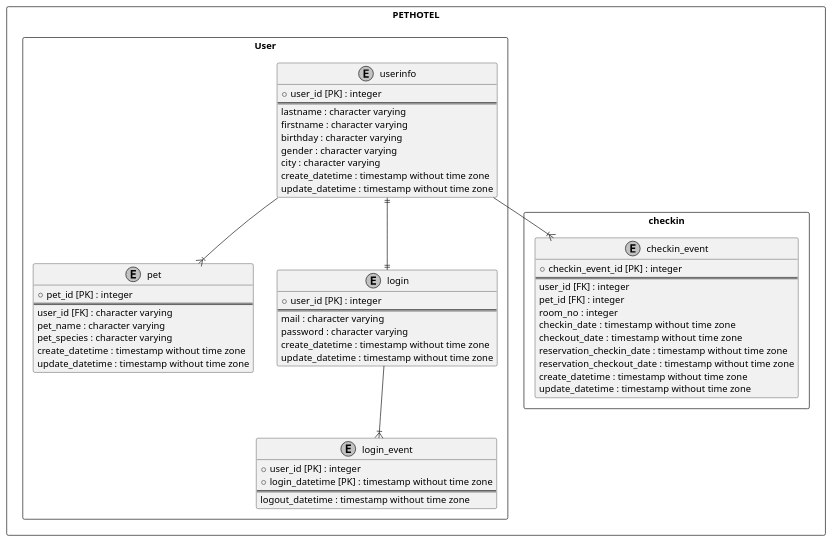
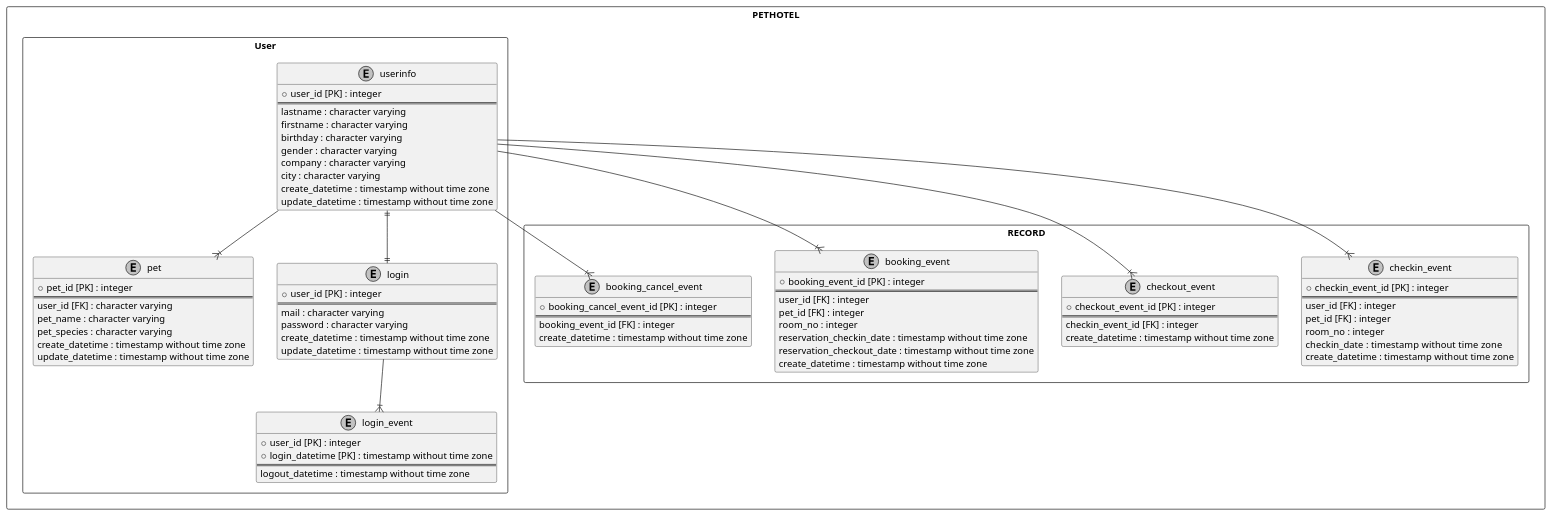
The diagram in src/co/jp/20_基本設計/PETHOTEL-基本設計-ER図.puml (IotaTech-Info/IotaJava_G4), drawn with PlantUML before and after one commit.

Commit message:
Update PETHOTEL-基本設計-ER図.puml
update 基本設計-ER図

```diff
--- a/src/co/jp/20_基本設計/PETHOTEL-基本設計-ER図.puml
+++ b/src/co/jp/20_基本設計/PETHOTEL-基本設計-ER図.puml
@@ -1,72 +1,94 @@
 @startuml PetHotelSystem
 
 skinparam monochrome true
 
 package "PETHOTEL" <<rectangle>> {
   package "User" <<rectangle>> {
     ' テーブル
     entity "userinfo" {
       + user_id [PK] : integer
       ==
       lastname : character varying
       firstname : character varying
       birthday : character varying
       gender : character varying
+      company : character varying
       city : character varying
       create_datetime : timestamp without time zone
       update_datetime : timestamp without time zone
     }
     entity "pet" {
       + pet_id [PK] : integer
       ==
       user_id [FK] : character varying
       pet_name : character varying
       pet_species : character varying
       create_datetime : timestamp without time zone
       update_datetime : timestamp without time zone
     }
     entity "login" {
       + user_id [PK] : integer
       ==
       mail : character varying
       password : character varying
       create_datetime : timestamp without time zone
       update_datetime : timestamp without time zone
     }
     entity "login_event" {
       + user_id [PK] : integer
       + login_datetime [PK] : timestamp without time zone
       ==
       logout_datetime : timestamp without time zone
     }
 
     ' リレーション
     userinfo ||--|| login
     userinfo --|{ pet
     login --|{ login_event
   }
 
-  package "checkin" <<rectangle>>{
+  package "RECORD" <<rectangle>>{
     ' テーブル
     entity "checkin_event"{
       + checkin_event_id [PK] : integer
       ==
       user_id [FK] : integer
       pet_id [FK] : integer
       room_no : integer
       checkin_date  : timestamp without time zone
-      checkout_date  : timestamp without time zone
+      create_datetime : timestamp without time zone
+    }
+    entity "checkout_event"{
+      + checkout_event_id [PK] : integer
+      ==
+      checkin_event_id [FK] : integer
+      create_datetime : timestamp without time zone
+    }
+    entity "booking_event"{
+      + booking_event_id [PK] : integer
+      ==
+      user_id [FK] : integer
+      pet_id [FK] : integer
+      room_no : integer
       reservation_checkin_date : timestamp without time zone
       reservation_checkout_date : timestamp without time zone
       create_datetime : timestamp without time zone
-      update_datetime : timestamp without time zone
+    }
+    entity "booking_cancel_event"{
+      + booking_cancel_event_id [PK] : integer
+      ==
+      booking_event_id [FK] : integer
+      create_datetime : timestamp without time zone
     }
 
   }
 
 
   ' リレーション
   userinfo --|{ checkin_event
+  userinfo --|{ checkout_event
+  userinfo --|{ booking_event
+  userinfo --|{ booking_cancel_event
 
 }
 @enduml
```
